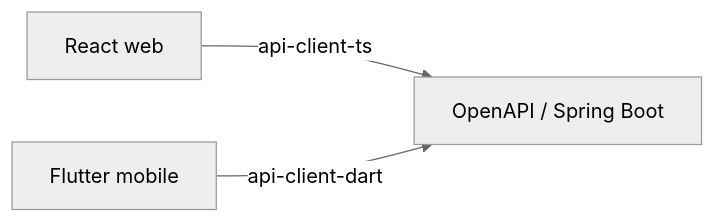
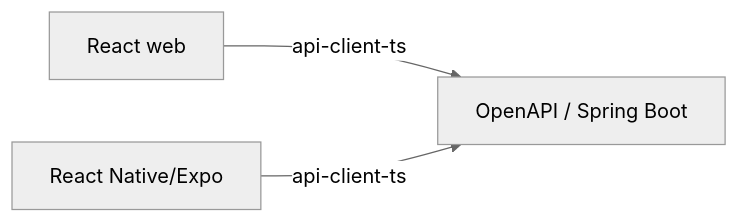
Before and after one commit to hlqkhanh/Dike-v2: the third of 8 diagrams in docs/architecture/system-architecture-overview.md, drawn with Mermaid (neutral theme). The commit also changed other lines of this file and 45 other files, not shown here.

Commit message:
feat(mobile): implement Stage 16 Expo foundation

````diff
--- a/docs/architecture/system-architecture-overview.md
+++ b/docs/architecture/system-architecture-overview.md
@@ -241,5 +241,5 @@
 ```mermaid
 flowchart LR
   WEB[React web] -->|api-client-ts| API[OpenAPI / Spring Boot]
-  MOBILE[Flutter mobile] -->|api-client-dart| API
+  MOBILE[React Native/Expo] -->|api-client-ts| API
 ```
````
